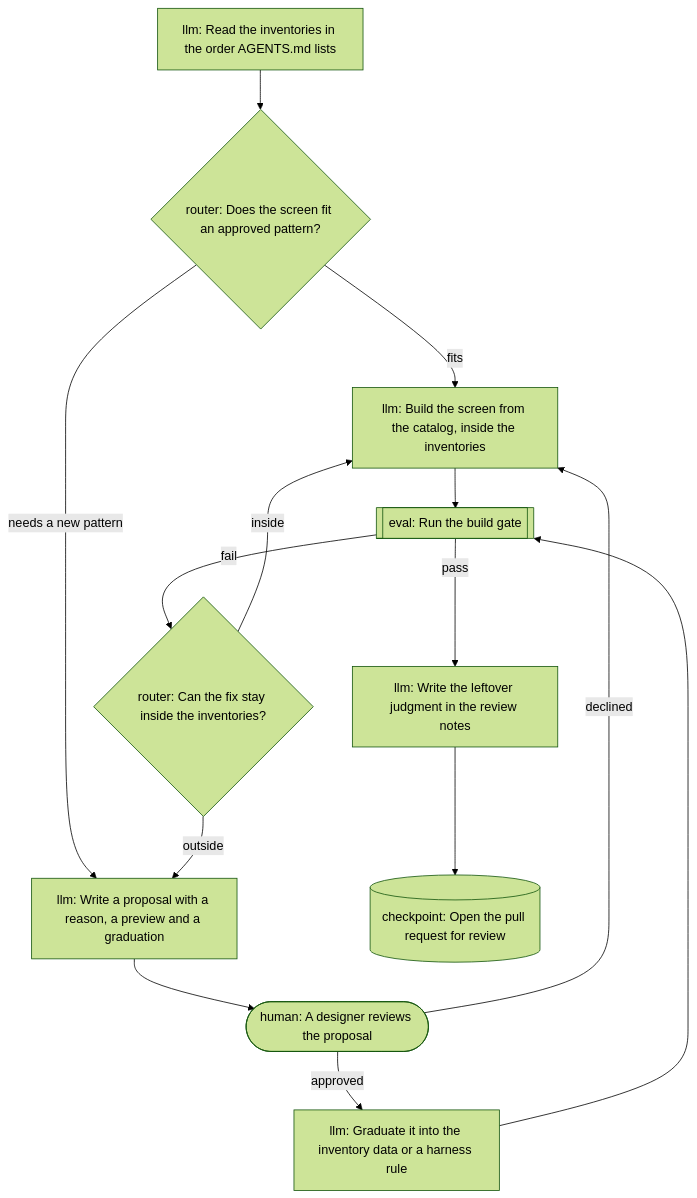
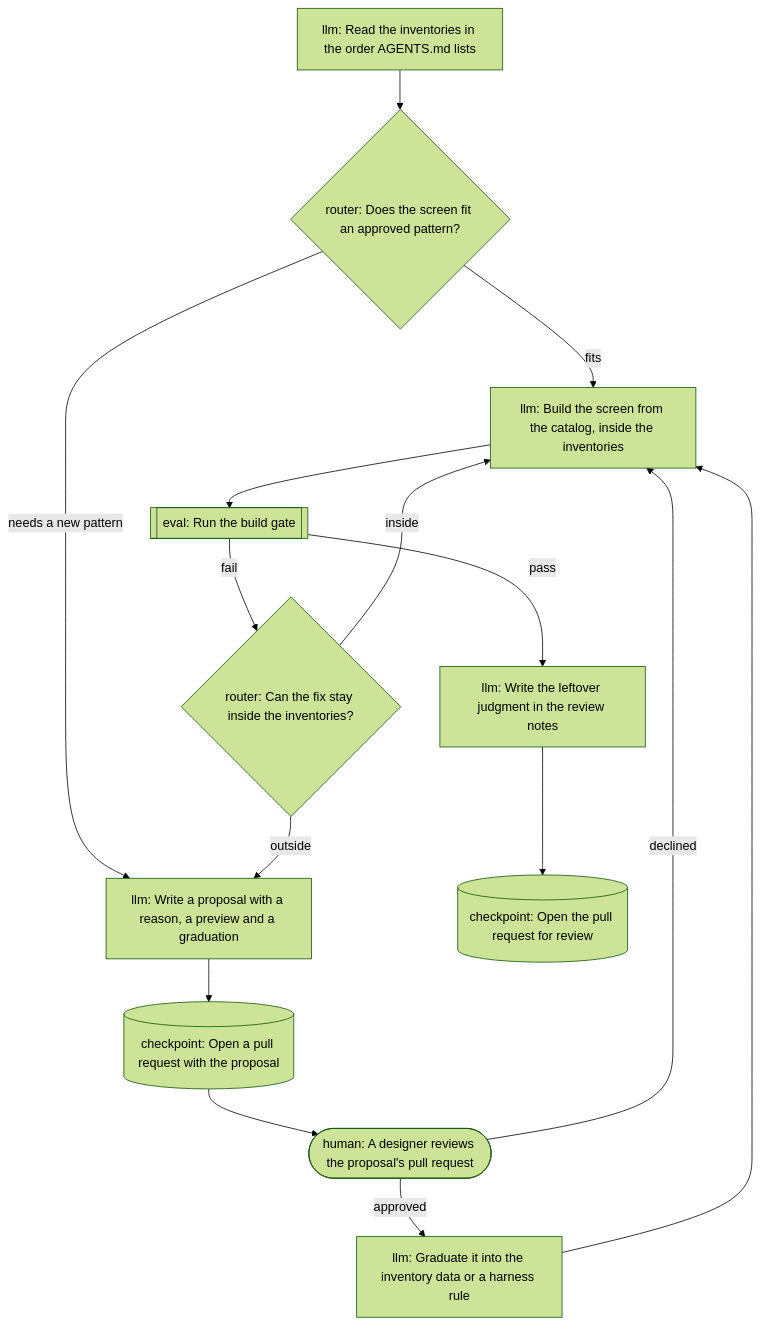
One commit to tounsoo/agent-design-loop changed the third of 7 diagrams in packages/harness/docs/how-it-works.md. Above: the diagram before and after it, drawn with Mermaid (forest theme). The commit also changed other lines of this file and 6 other files, not shown here.

First line of the commit message:
fix(harness): require a passing eval after the last change, and open the proposal's pull request before approval

````diff
--- a/packages/harness/docs/how-it-works.md
+++ b/packages/harness/docs/how-it-works.md
@@ -94,26 +94,28 @@
 ```mermaid
 flowchart TB
-  read["llm: Read the inventories in the order AGENTS.md lists"]
-  route{"router: Does the screen fit an approved pattern?"}
-  build["llm: Build the screen from the catalog, inside the inventories"]
-  checks[["eval: Run the build gate"]]
-  triage{"router: Can the fix stay inside the inventories?"}
-  propose["llm: Write a proposal with a reason, a preview and a graduation"]
-  approval(["human: A designer reviews the proposal"])
-  graduate["llm: Graduate it into the inventory data or a harness rule"]
-  note["llm: Write the leftover judgment in the review notes"]
-  pull_request[("checkpoint: Open the pull request for review")]
-  read --> route
-  route -->|fits| build
-  route -->|needs a new pattern| propose
-  build --> checks
-  checks -->|pass| note
-  checks -->|fail| triage
-  triage -->|inside| build
-  triage -->|outside| propose
-  propose --> approval
-  approval -->|approved| graduate
-  approval -->|declined| build
-  graduate --> checks
-  note --> pull_request
+  n_read["llm: Read the inventories in the order AGENTS.md lists"]
+  n_route{"router: Does the screen fit an approved pattern?"}
+  n_build["llm: Build the screen from the catalog, inside the inventories"]
+  n_checks[["eval: Run the build gate"]]
+  n_triage{"router: Can the fix stay inside the inventories?"}
+  n_propose["llm: Write a proposal with a reason, a preview and a graduation"]
+  n_proposal_pull_request[("checkpoint: Open a pull request with the proposal")]
+  n_approval(["human: A designer reviews the proposal's pull request"])
+  n_graduate["llm: Graduate it into the inventory data or a harness rule"]
+  n_note["llm: Write the leftover judgment in the review notes"]
+  n_pull_request[("checkpoint: Open the pull request for review")]
+  n_read --> n_route
+  n_route -->|fits| n_build
+  n_route -->|needs a new pattern| n_propose
+  n_build --> n_checks
+  n_checks -->|pass| n_note
+  n_checks -->|fail| n_triage
+  n_triage -->|inside| n_build
+  n_triage -->|outside| n_propose
+  n_propose --> n_proposal_pull_request
+  n_proposal_pull_request --> n_approval
+  n_approval -->|approved| n_graduate
+  n_approval -->|declined| n_build
+  n_graduate --> n_build
+  n_note --> n_pull_request
 ```
````
